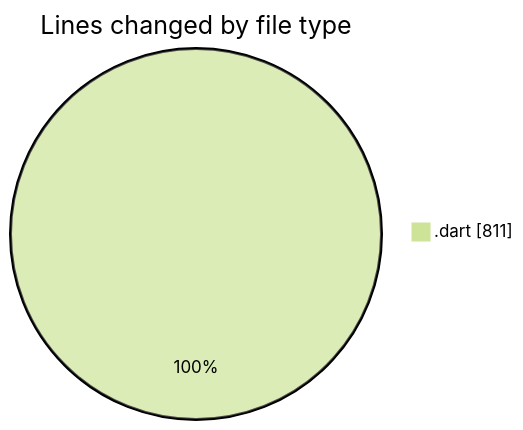
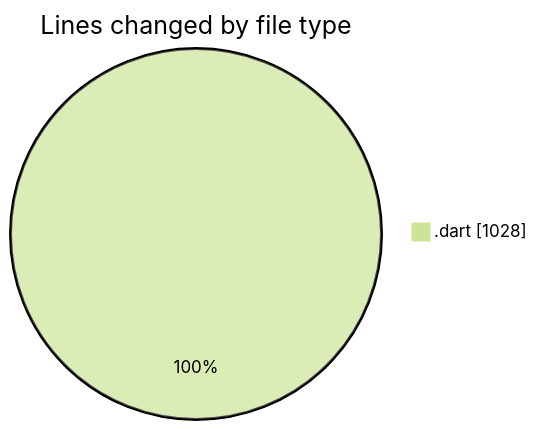
Before and after one commit to donsfak/code-tracking: the first of 2 diagrams in 2025-01-23/trackers_app/README.md, drawn with Mermaid (forest theme). The commit also changed other lines of this file and 1 other file, not shown here.

````diff
--- a/2025-01-23/trackers_app/README.md
+++ b/2025-01-23/trackers_app/README.md
@@ -23,5 +24,5 @@
 ```mermaid
 pie showData
 title Lines changed by file type
-".dart" : 811
+".dart" : 1028
 ```
````
